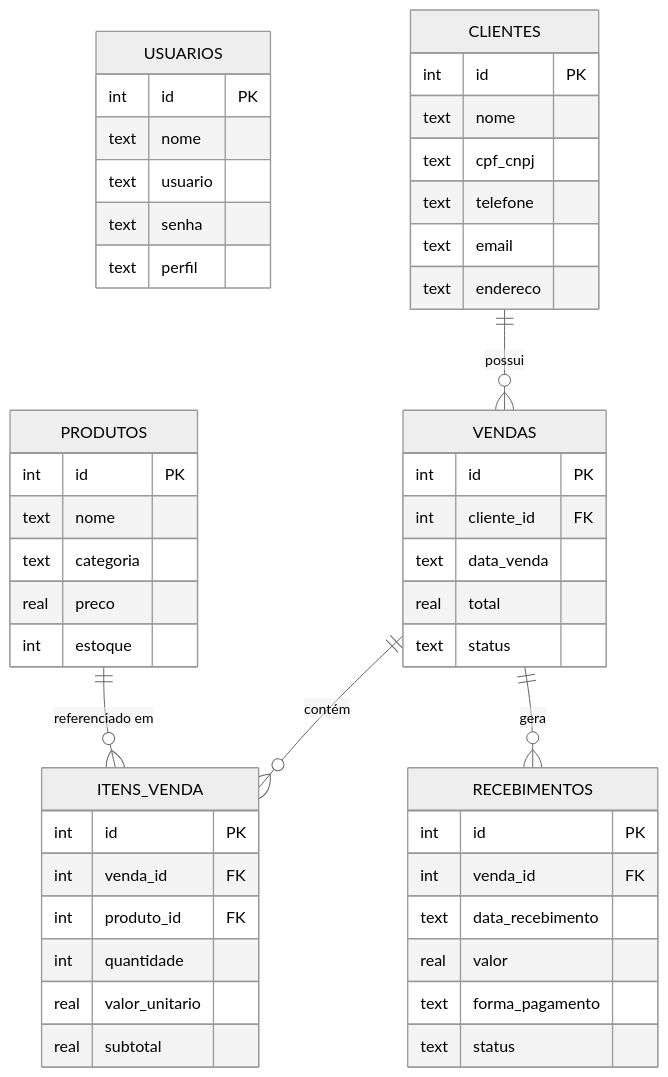
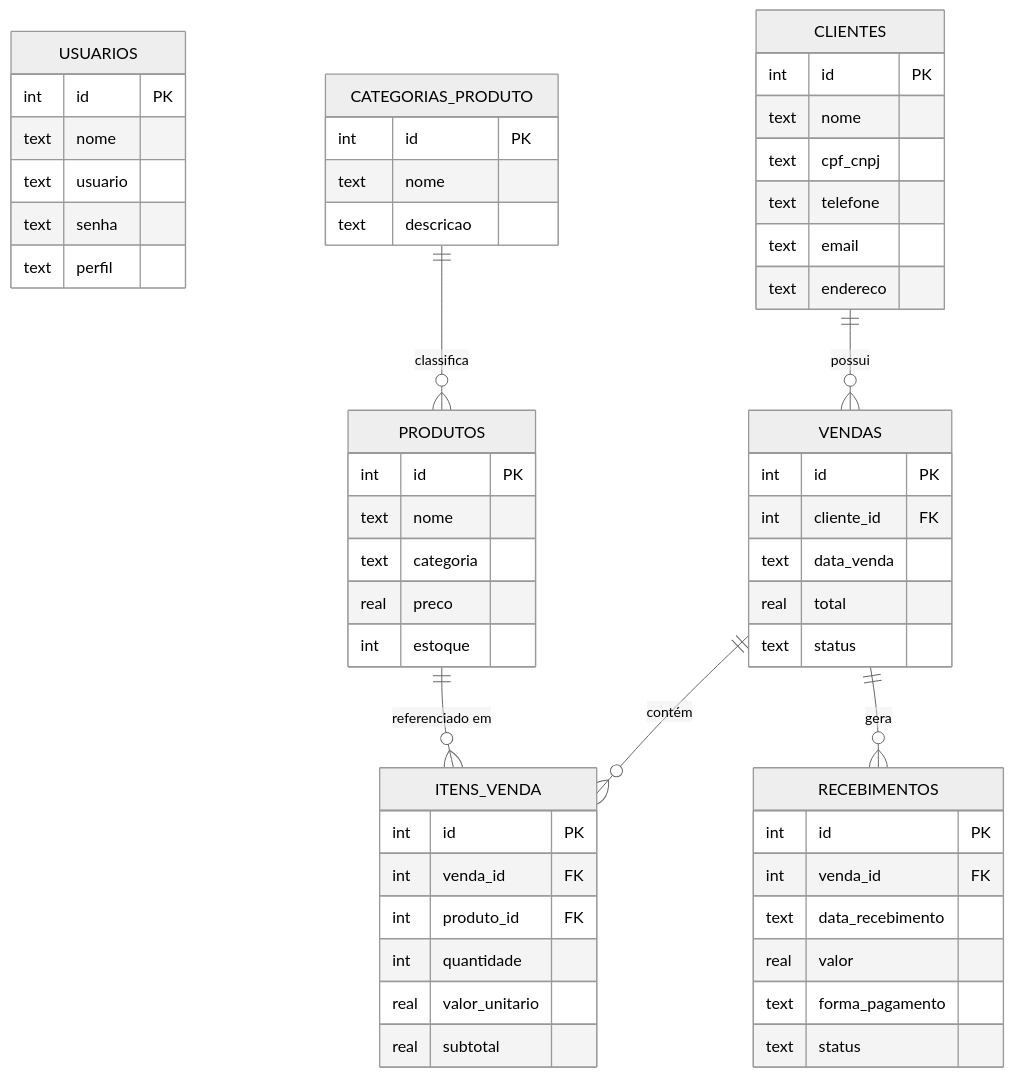
One commit to EduardoHenrrykSimonato/sistema-gestao-comercial changed the second of 9 diagrams in documentacao/DIAGRAMAS.md. Above: the diagram before and after it, drawn with Mermaid (neutral theme). The commit also changed other lines of this file and 25 other files, not shown here.

Commit message:
feat: categorias de produto e formatacao em R$

````diff
--- a/documentacao/DIAGRAMAS.md
+++ b/documentacao/DIAGRAMAS.md
@@ -42,58 +44,65 @@
 ```mermaid
 erDiagram
     USUARIOS {
         int id PK
         text nome
         text usuario
         text senha
         text perfil
     }
 
     CLIENTES {
         int id PK
         text nome
         text cpf_cnpj
         text telefone
         text email
         text endereco
+    }
+
+    CATEGORIAS_PRODUTO {
+        int id PK
+        text nome
+        text descricao
     }
 
     PRODUTOS {
         int id PK
         text nome
         text categoria
         real preco
         int estoque
     }
 
     VENDAS {
         int id PK
         int cliente_id FK
         text data_venda
         real total
         text status
     }
 
     ITENS_VENDA {
         int id PK
         int venda_id FK
         int produto_id FK
         int quantidade
         real valor_unitario
         real subtotal
     }
 
     RECEBIMENTOS {
         int id PK
         int venda_id FK
         text data_recebimento
         real valor
         text forma_pagamento
         text status
     }
 
     CLIENTES ||--o{ VENDAS : "possui"
     VENDAS ||--o{ ITENS_VENDA : "contém"
     PRODUTOS ||--o{ ITENS_VENDA : "referenciado em"
     VENDAS ||--o{ RECEBIMENTOS : "gera"
+    CATEGORIAS_PRODUTO ||--o{ PRODUTOS : "classifica"
 ```
````
